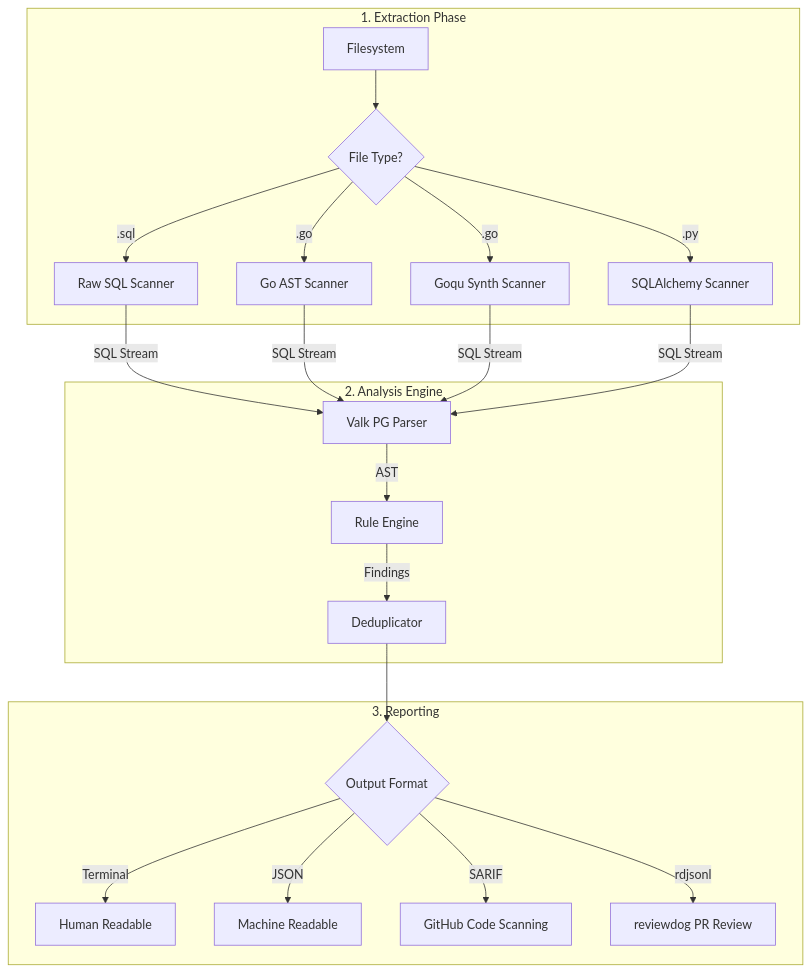
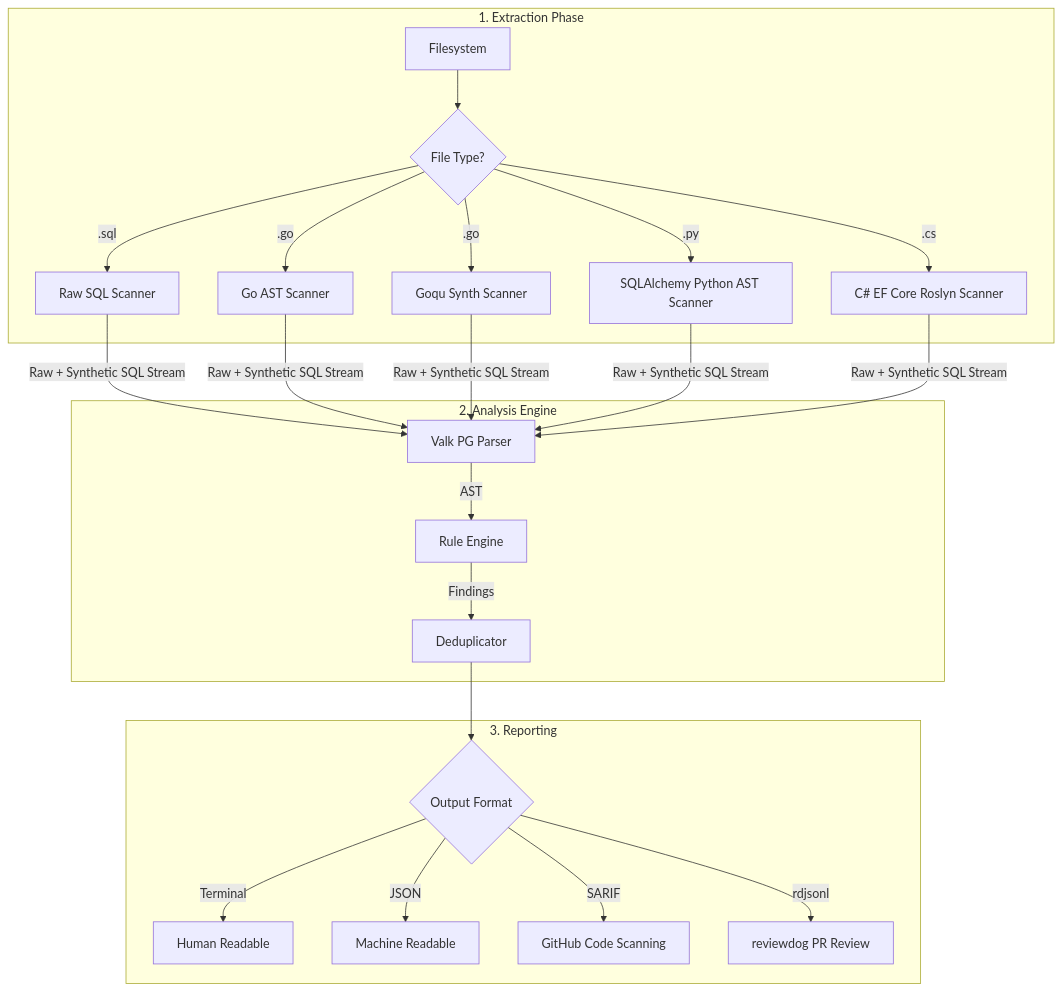
Before and after one commit to ValkDB/valk-guard: the first of 2 diagrams in docs/architecture.md, drawn with Mermaid. The commit also changed other lines of this file and 41 other files, not shown here.

First line of the commit message:
feat: add C# EF Core raw SQL scanner (#18)

````diff
--- a/docs/architecture.md
+++ b/docs/architecture.md
@@ -23,24 +23,25 @@
 ```mermaid
 graph TD
     subgraph "1. Extraction Phase"
         A[Filesystem] --> B{File Type?}
         B -->|.sql| C[Raw SQL Scanner]
         B -->|.go| D[Go AST Scanner]
         B -->|.go| E[Goqu Synth Scanner]
-        B -->|.py| F[SQLAlchemy Scanner]
+        B -->|.py| F[SQLAlchemy Python AST Scanner]
+        B -->|.cs| G[C# EF Core Roslyn Scanner]
     end
 
     subgraph "2. Analysis Engine"
-        C & D & E & F -->|SQL Stream| G[Valk PG Parser]
-        G -->|AST| H[Rule Engine]
-        H -->|Findings| I[Deduplicator]
+        C & D & E & F & G -->|Raw + Synthetic SQL Stream| H[Valk PG Parser]
+        H -->|AST| I[Rule Engine]
+        I -->|Findings| J[Deduplicator]
     end
 
     subgraph "3. Reporting"
-        I --> J{Output Format}
-        J -->|Terminal| K[Human Readable]
-        J -->|JSON| L[Machine Readable]
-        J -->|SARIF| M[GitHub Code Scanning]
-        J -->|rdjsonl| N[reviewdog PR Review]
+        J --> K{Output Format}
+        K -->|Terminal| L[Human Readable]
+        K -->|JSON| M[Machine Readable]
+        K -->|SARIF| N[GitHub Code Scanning]
+        K -->|rdjsonl| O[reviewdog PR Review]
     end
 ```
````
